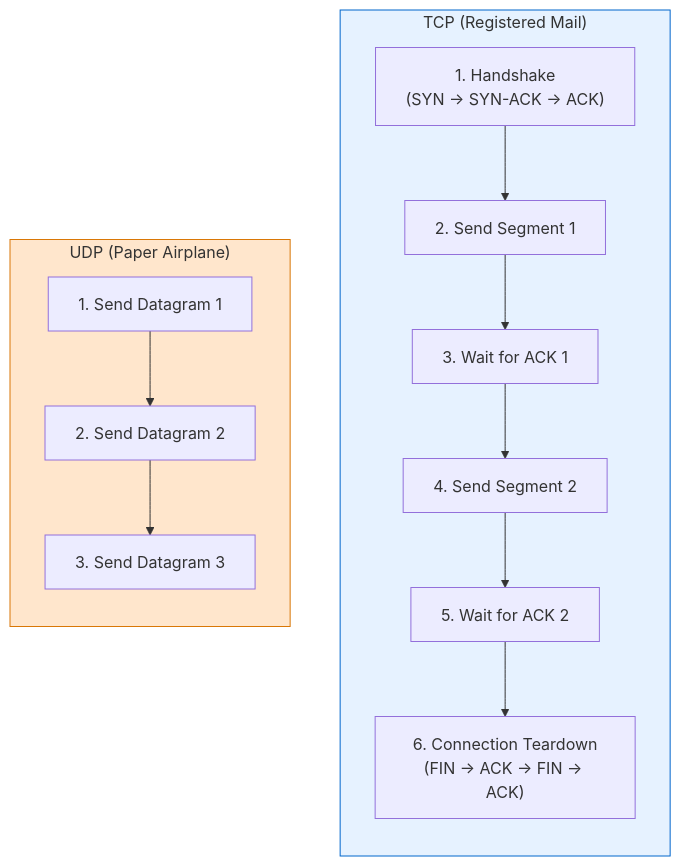
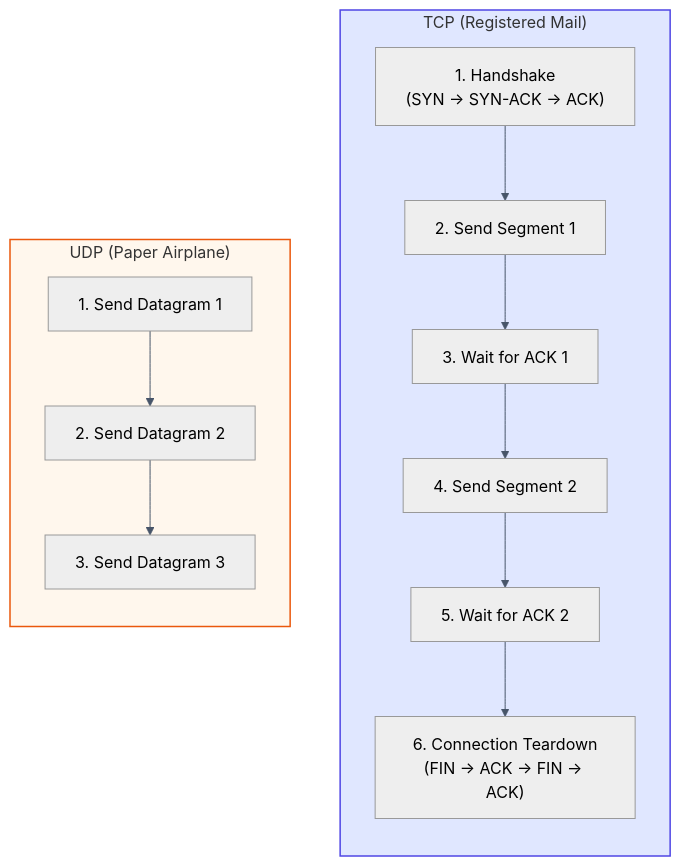
Before and after one commit to codermannn/networking_crash_course_for_kubernetes: the diagram in act-4--the-conversation/11-the-paper-airplane/diagrams/flow.md, drawn with Mermaid. The commit also changed 13 other files, not shown here.

Commit message:
style: apply premium Slate/Indigo/Amber color theme and correct quoting across all diagrams

````diff
--- a/act-4--the-conversation/11-the-paper-airplane/diagrams/flow.md
+++ b/act-4--the-conversation/11-the-paper-airplane/diagrams/flow.md
@@ -5,26 +5,27 @@
 ```mermaid
+%%{init: { 'theme': 'neutral', 'themeVariables': { 'primaryColor': '#F8FAFC', 'primaryBorderColor': '#64748B', 'lineColor': '#475569' }}}%%
 flowchart TD
     subgraph TCP ["TCP (Registered Mail)"]
         direction TB
-        T1["1. Handshake\n(SYN -> SYN-ACK -> ACK)"]
+        T1["1. Handshake<br/>(SYN -> SYN-ACK -> ACK)"]
         T2["2. Send Segment 1"]
         T3["3. Wait for ACK 1"]
         T4["4. Send Segment 2"]
         T5["5. Wait for ACK 2"]
-        T6["6. Connection Teardown\n(FIN -> ACK -> FIN -> ACK)"]
+        T6["6. Connection Teardown<br/>(FIN -> ACK -> FIN -> ACK)"]
         
         T1 --> T2 --> T3 --> T4 --> T5 --> T6
     end
 
     subgraph UDP ["UDP (Paper Airplane)"]
         direction TB
         U1["1. Send Datagram 1"]
         U2["2. Send Datagram 2"]
         U3["3. Send Datagram 3"]
         
         U1 --> U2 --> U3
     end
 
-    style TCP fill:#e6f2ff,stroke:#0066cc
-    style UDP fill:#ffe6cc,stroke:#d97706
+    style TCP fill:#E0E7FF,stroke:#4F46E5,stroke-width:1.5px
+    style UDP fill:#FFF7ED,stroke:#EA580C,stroke-width:1.5px
 ```
````
